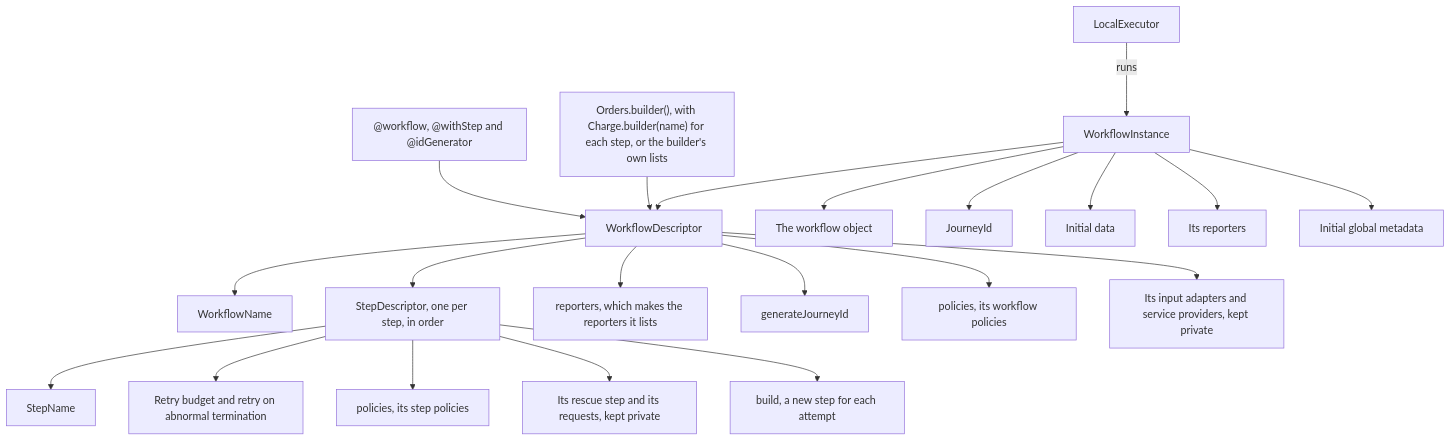
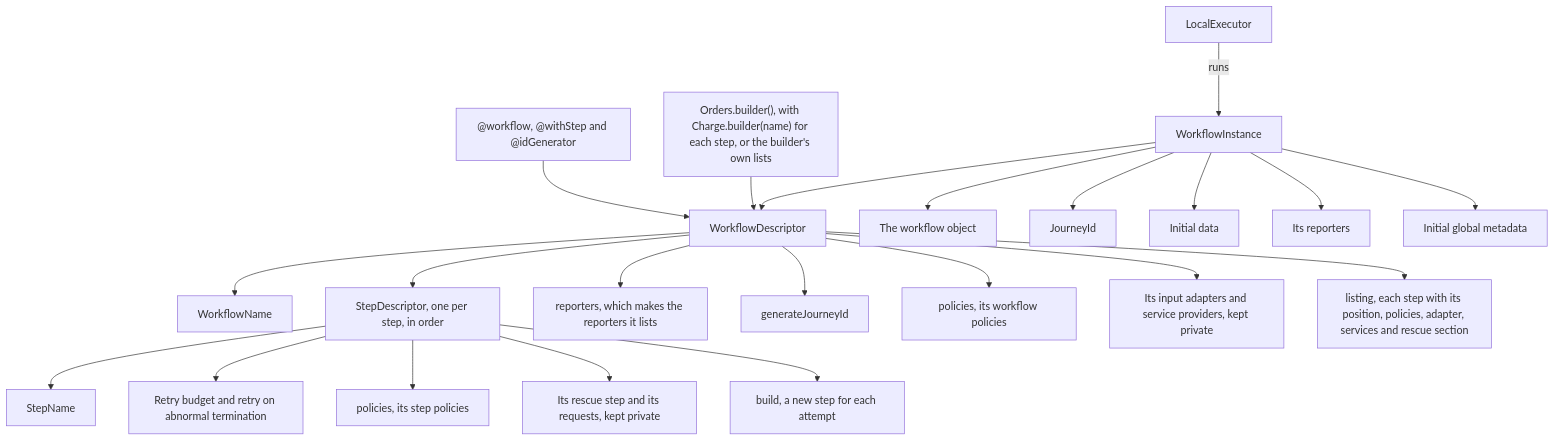
Before and after one commit to itinera-dev/itinera-ts: the second of 8 diagrams in docs/architecture.md, drawn with Mermaid. The commit also changed other lines of this file and 39 other files, not shown here.

````diff
--- a/docs/architecture.md
+++ b/docs/architecture.md
@@ -57,25 +57,26 @@
 ```mermaid
 flowchart TD
     accTitle: What a workflow descriptor and an instance hold
-    accDescr: A workflow descriptor holds its name, its step descriptors in order, makes the reporters it lists, and generates journey IDs. A workflow descriptor also holds its workflow policies, and keeps its input adapters and service providers private. A step descriptor holds the step's name, its retry budget, whether it retries an abnormal termination, its step policies, and how to build the step, and keeps its rescue step and its requests private. Decorators and the builder, given a builder for each step or its own lists, both make the descriptor. An instance holds the descriptor beside the workflow object, its journey ID, its initial data, its reporters and its initial global metadata, and the local executor runs it.
+    accDescr: A workflow descriptor holds its name, its step descriptors in order, makes the reporters it lists, and generates journey IDs. A workflow descriptor also holds its workflow policies, keeps its input adapters and service providers private, and lists its steps without running anything. A step descriptor holds the step's name, its retry budget, whether it retries an abnormal termination, its step policies, and how to build the step, and keeps its rescue step and its requests private. Decorators and the builder, given a builder for each step or its own lists, both make the descriptor, after checking every violation. An instance holds the descriptor beside the workflow object, its journey ID, its initial data, its reporters and its initial global metadata, and the local executor runs it.
     decorators["@workflow, @withStep and @idGenerator"] --> descriptor["WorkflowDescriptor"]
     builder["Orders.builder(), with Charge.builder(name) for each step, or the builder's own lists"] --> descriptor
     descriptor --> name["WorkflowName"]
     descriptor --> steps["StepDescriptor, one per step, in order"]
     descriptor --> reporters["reporters, which makes the reporters it lists"]
     descriptor --> generator["generateJourneyId"]
     descriptor --> workflowPolicies["policies, its workflow policies"]
     descriptor --> adapters["Its input adapters and service providers, kept private"]
+    descriptor --> listing["listing, each step with its position, policies, adapter, services and rescue section"]
     steps --> stepName["StepName"]
     steps --> budget["Retry budget and retry on abnormal termination"]
     steps --> stepPolicies["policies, its step policies"]
     steps --> stepPrivate["Its rescue step and its requests, kept private"]
     steps --> build["build, a new step for each attempt"]
     instance["WorkflowInstance"] --> descriptor
     instance --> workflow["The workflow object"]
     instance --> id["JourneyId"]
     instance --> data["Initial data"]
     instance --> ireporters["Its reporters"]
     instance --> metadata["Initial global metadata"]
     executor["LocalExecutor"] -->|"runs"| instance
 ```
````
